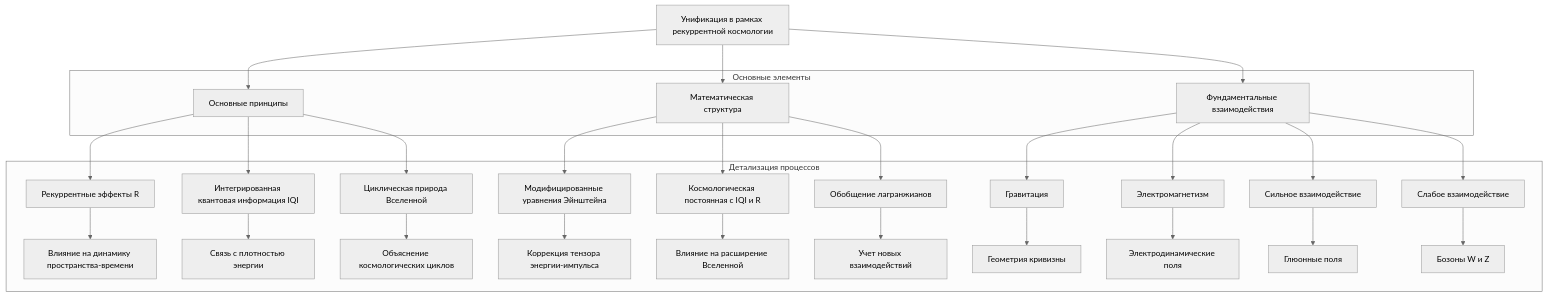
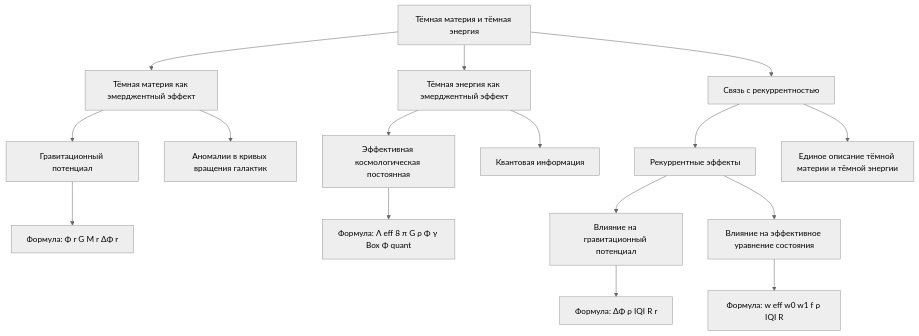
One commit to commeta/consciousness changed diagram 20 of 28 in The-Theory-of-Everything.md. Above: the diagram before and after it, drawn with Mermaid (neutral theme). The commit also changed other lines of this file, not shown here.

````diff
--- a/The-Theory-of-Everything.md
+++ b/The-Theory-of-Everything.md
@@ -1141,62 +699,18 @@
 ```mermaid
-graph TB
-    A[Унификация в рамках рекуррентной космологии]
-    A --> B[Основные принципы]
-    A --> C[Математическая структура]
-    A --> D[Фундаментальные взаимодействия]
-
-    B --> E[Рекуррентные эффекты R]
-    B --> F[Интегрированная квантовая информация IQI]
-    B --> G[Циклическая природа Вселенной]
-
-    C --> H[Модифицированные уравнения Эйнштейна]
-    C --> I[Космологическая постоянная с IQI и R]
-    C --> J[Обобщение лагранжианов]
-
-    D --> K[Гравитация]
-    D --> L[Электромагнетизм]
-    D --> M[Сильное взаимодействие]
-    D --> N[Слабое взаимодействие]
-
-    E --> O[Влияние на динамику пространства-времени]
-    F --> P[Связь с плотностью энергии]
-    G --> Q[Объяснение космологических циклов]
-
-    H --> R[Коррекция тензора энергии-импульса]
-    I --> S[Влияние на расширение Вселенной]
-    J --> T[Учет новых взаимодействий]
-
-    K --> U[Геометрия кривизны]
-    L --> V[Электродинамические поля]
-    M --> W[Глюонные поля]
-    N --> X[Бозоны W и Z]
-
-    subgraph Основные элементы
-        B
-        C
-        D
-    end
-
-    subgraph Детализация процессов
-        E
-        F
-        G
-        H
-        I
-        J
-        K
-        L
-        M
-        N
-        O
-        P
-        Q
-        R
-        S
-        T
-        U
-        V
-        W
-        X
-    end
+graph TD
+    A[Тёмная материя и тёмная энергия] --> B[Тёмная материя как эмерджентный эффект]
+    B --> C[Гравитационный потенциал]
+    C --> D[Формула: Φ r G M r ΔΦ r]
+    B --> E[Аномалии в кривых вращения галактик]
+    A --> F[Тёмная энергия как эмерджентный эффект]
+    F --> G[Эффективная космологическая постоянная]
+    G --> H[Формула: Λ eff 8 π G ρ Φ γ Box Φ quant]
+    F --> I[Квантовая информация]
+    A --> J[Связь с рекуррентностью]
+    J --> K[Рекуррентные эффекты]
+    K --> L[Влияние на гравитационный потенциал]
+    K --> M[Влияние на эффективное уравнение состояния]
+    L --> N[Формула: ΔΦ ρ IQI R r]
+    M --> O[Формула: w eff w0 w1 f ρ IQI R]
+    J --> P[Единое описание тёмной материи и тёмной энергии]
 ```
````
